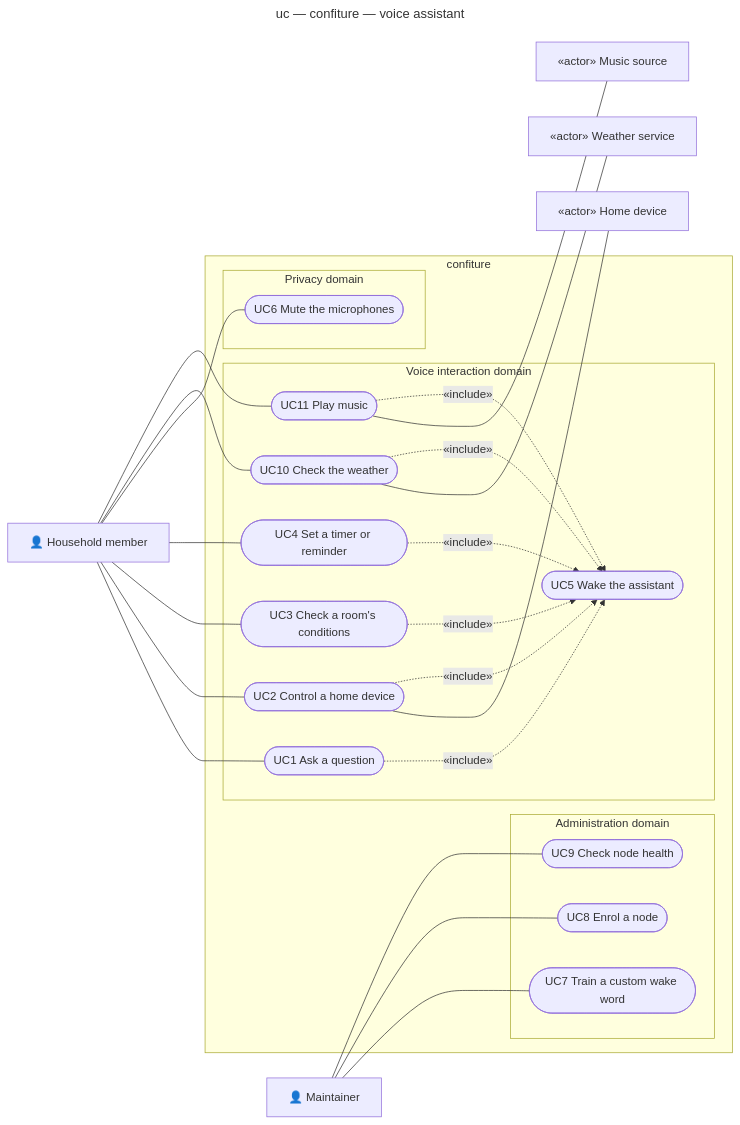
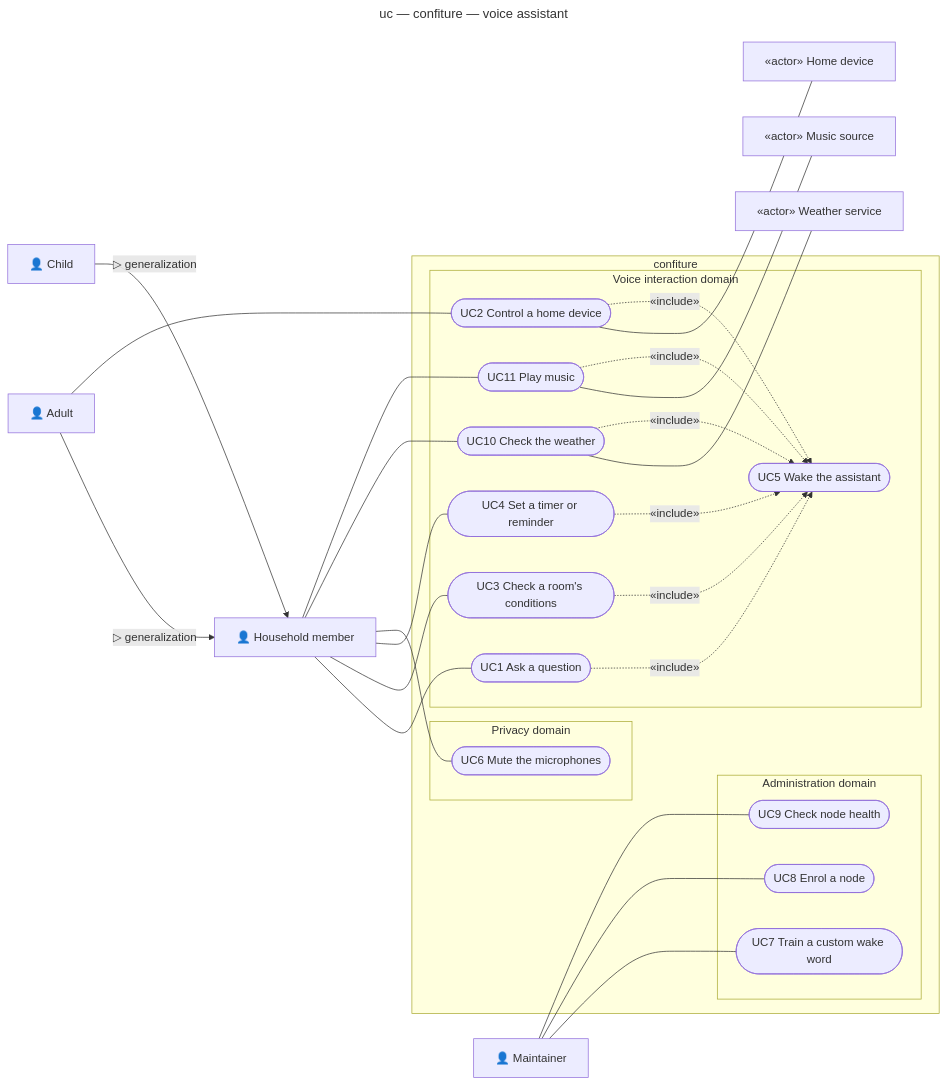
The diagram in docs/architecture/diagrams/voice-assistant/01-use-case.md (benoit-bremaud/confiture), drawn with Mermaid before and after one commit. The commit also changed other lines of this file and 6 other files, not shown here.

Commit message:
docs(voice-assistant/architecture): add needs brainstorming and fix review inconsistencies

````diff
--- a/docs/architecture/diagrams/voice-assistant/01-use-case.md
+++ b/docs/architecture/diagrams/voice-assistant/01-use-case.md
@@ -16,52 +16,56 @@
 ```mermaid
 ---
 title: uc — confiture — voice assistant
 ---
 flowchart LR
   Household["👤 Household member"]
+  Adult["👤 Adult"]
+  Child["👤 Child"]
   Maintainer["👤 Maintainer"]
   HomeDevice["«actor» Home device"]
   WeatherSvc["«actor» Weather service"]
   MusicSrc["«actor» Music source"]
 
   subgraph SUBJECT ["confiture"]
     subgraph Voice ["Voice interaction domain"]
       UC1(["UC1 Ask a question"])
       UC2(["UC2 Control a home device"])
       UC3(["UC3 Check a room's conditions"])
       UC4(["UC4 Set a timer or reminder"])
       UC5(["UC5 Wake the assistant"])
       UC10(["UC10 Check the weather"])
       UC11(["UC11 Play music"])
     end
     subgraph Privacy ["Privacy domain"]
       UC6(["UC6 Mute the microphones"])
     end
     subgraph Admin ["Administration domain"]
       UC7(["UC7 Train a custom wake word"])
       UC8(["UC8 Enrol a node"])
       UC9(["UC9 Check node health"])
     end
   end
 
+  Adult -->|"▷ generalization"| Household
+  Child -->|"▷ generalization"| Household
   Household --- UC1
-  Household --- UC2
+  Adult --- UC2
   Household --- UC3
   Household --- UC4
   Household --- UC6
   Household --- UC10
   Household --- UC11
   UC2 --- HomeDevice
   UC10 --- WeatherSvc
   UC11 --- MusicSrc
   Maintainer --- UC7
   Maintainer --- UC8
   Maintainer --- UC9
 
   UC1 -.->|"«include»"| UC5
   UC2 -.->|"«include»"| UC5
   UC3 -.->|"«include»"| UC5
   UC4 -.->|"«include»"| UC5
   UC10 -.->|"«include»"| UC5
   UC11 -.->|"«include»"| UC5
 ```
````
